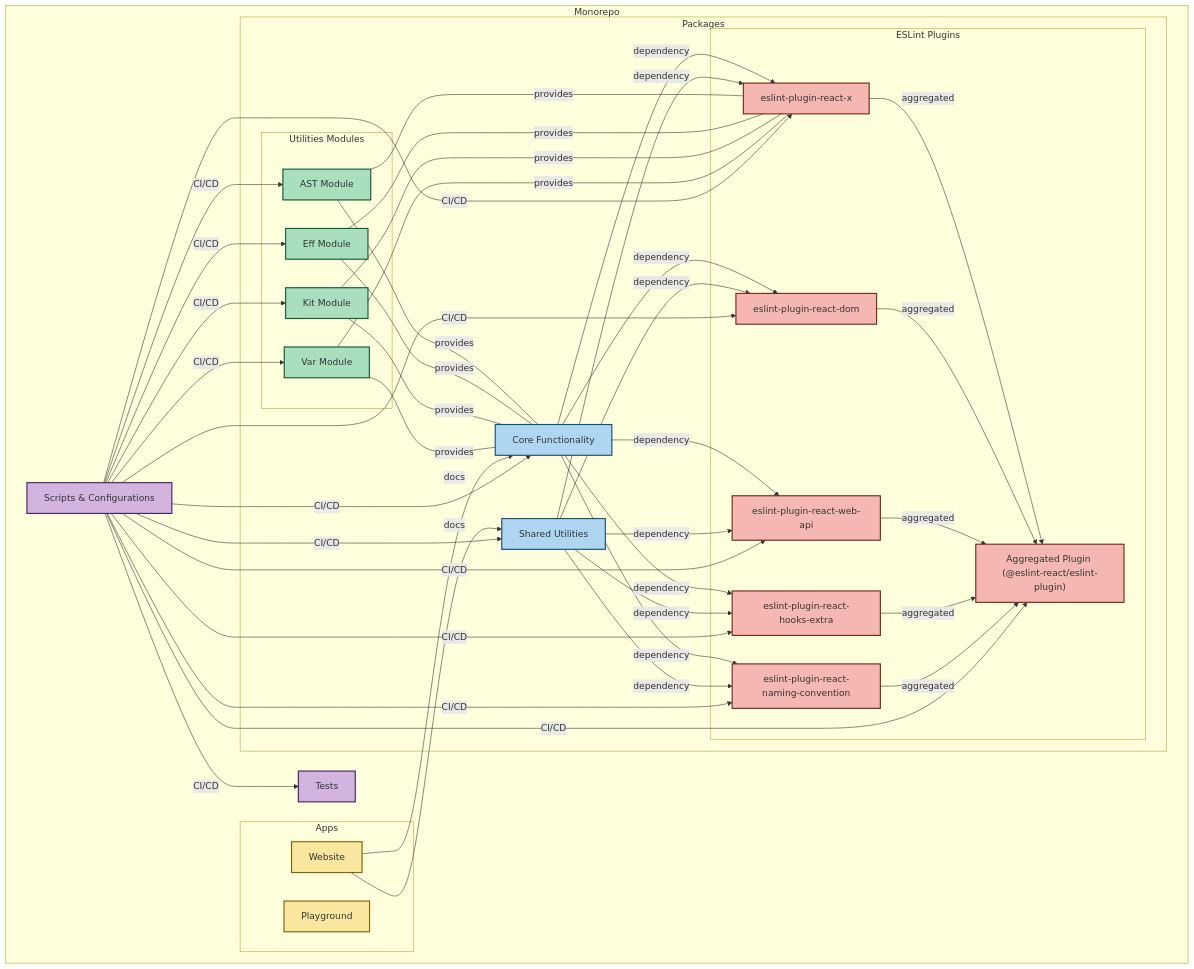
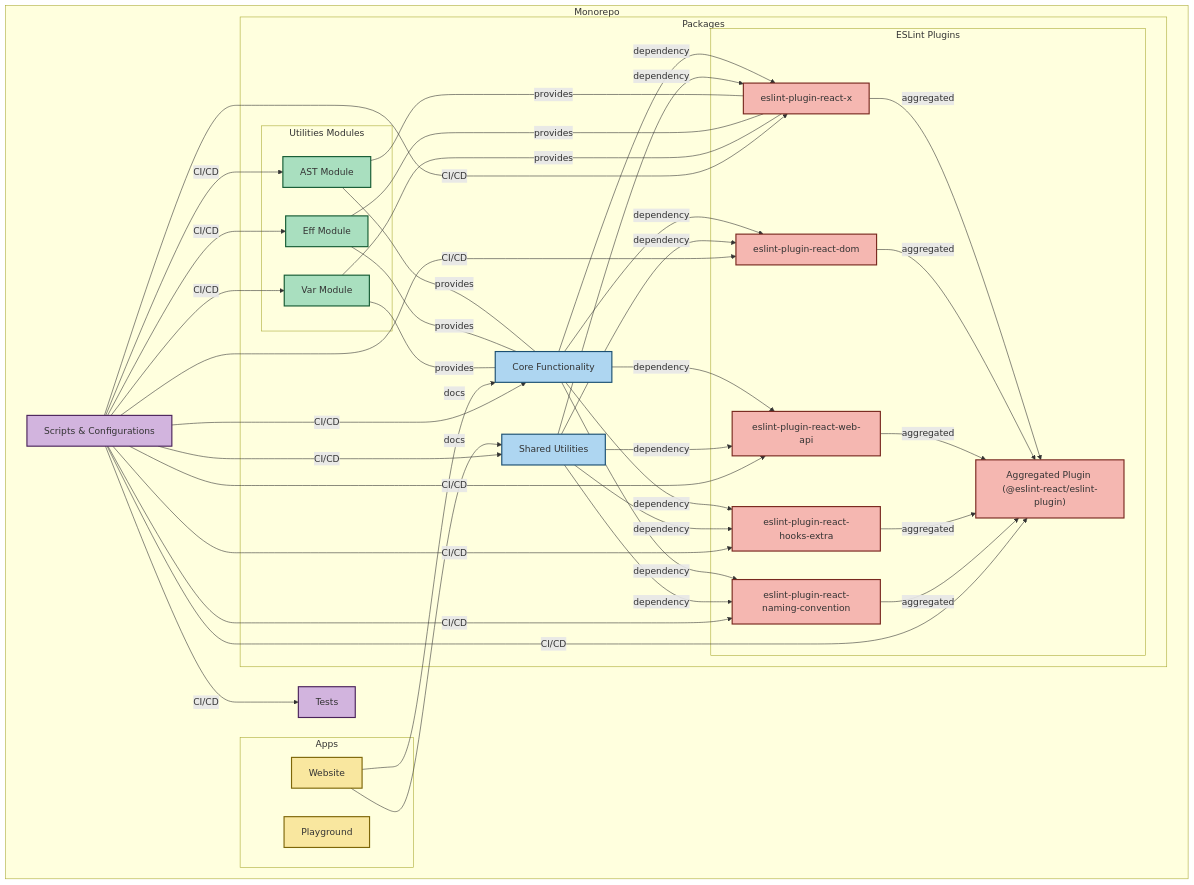
Before and after one commit to Rel1cx/eslint-react: the diagram in apps/website/content/docs/contributing.mdx, drawn with Mermaid. The commit also changed other lines of this file and 253 other files, not shown here.

Commit message:
Merge `@eslint-react/kit` package into `@eslint-react/shared` package (#1275)

```diff
--- a/apps/website/content/docs/contributing.mdx
+++ b/apps/website/content/docs/contributing.mdx
@@ -29,7 +29,6 @@
             subgraph "Utilities Modules"
                 AST["AST Module"]:::utilities
                 Eff["Eff Module"]:::utilities
-                Kit["Kit Module"]:::utilities
                 Var["Var Module"]:::utilities
             end
 
@@ -68,12 +67,10 @@
     %% Utilities used by Core and Plugins
     AST ---|"provides"| Core
     Eff ---|"provides"| Core
-    Kit ---|"provides"| Core
     Var ---|"provides"| Core
 
     AST ---|"provides"| ReactX
     Eff ---|"provides"| ReactX
-    Kit ---|"provides"| ReactX
     Var ---|"provides"| ReactX
 
     %% Aggregation of Plugins
@@ -92,7 +89,6 @@
     Scripts -->|"CI/CD"| Shared
     Scripts -->|"CI/CD"| AST
     Scripts -->|"CI/CD"| Eff
-    Scripts -->|"CI/CD"| Kit
     Scripts -->|"CI/CD"| Var
     Scripts -->|"CI/CD"| ReactX
     Scripts -->|"CI/CD"| ReactDOM
@@ -109,7 +105,6 @@
     click Shared "https://github.com/rel1cx/eslint-react/tree/main/packages/shared"
     click AST "https://github.com/rel1cx/eslint-react/tree/main/packages/utilities/ast"
     click Eff "https://github.com/rel1cx/eslint-react/tree/main/packages/utilities/eff"
-    click Kit "https://github.com/rel1cx/eslint-react/tree/main/packages/utilities/kit"
     click Var "https://github.com/rel1cx/eslint-react/tree/main/packages/utilities/var"
     click ReactX "https://github.com/rel1cx/eslint-react/tree/main/packages/plugins/eslint-plugin-react-x"
     click ReactDOM "https://github.com/rel1cx/eslint-react/tree/main/packages/plugins/eslint-plugin-react-dom"
```
